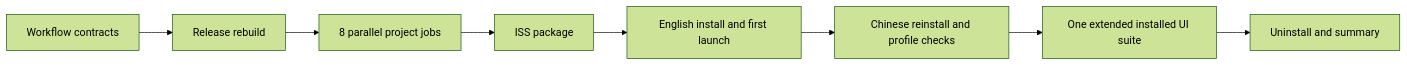
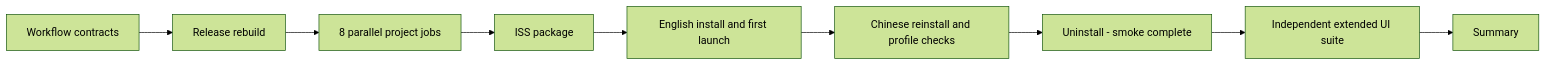
Before and after one commit to PaperHammer/VirtualPaper: the diagram in test/README.md, drawn with Mermaid (forest theme). The commit also changed other lines of this file and 14 other files, not shown here.

````diff
--- a/test/README.md
+++ b/test/README.md
@@ -58,10 +58,11 @@
 ```mermaid
 flowchart LR
     A[Workflow contracts] --> B[Release rebuild]
     B --> C[8 parallel project jobs]
     C --> D[ISS package]
     D --> E[English install and first launch]
     E --> R[Chinese reinstall and profile checks]
-    R --> F[One extended installed UI suite]
-    F --> G[Uninstall and summary]
+    R --> U[Uninstall - smoke complete]
+    U --> F[Independent extended UI suite]
+    F --> G[Summary]
 ```
````
